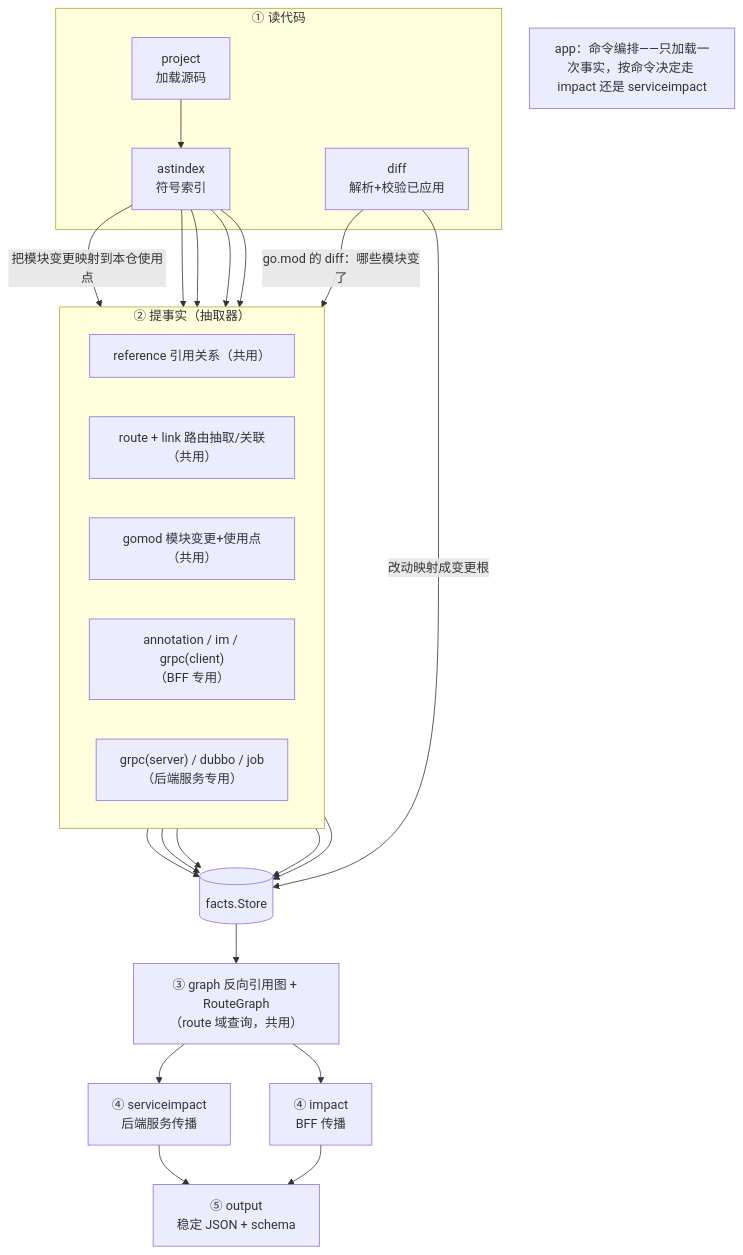
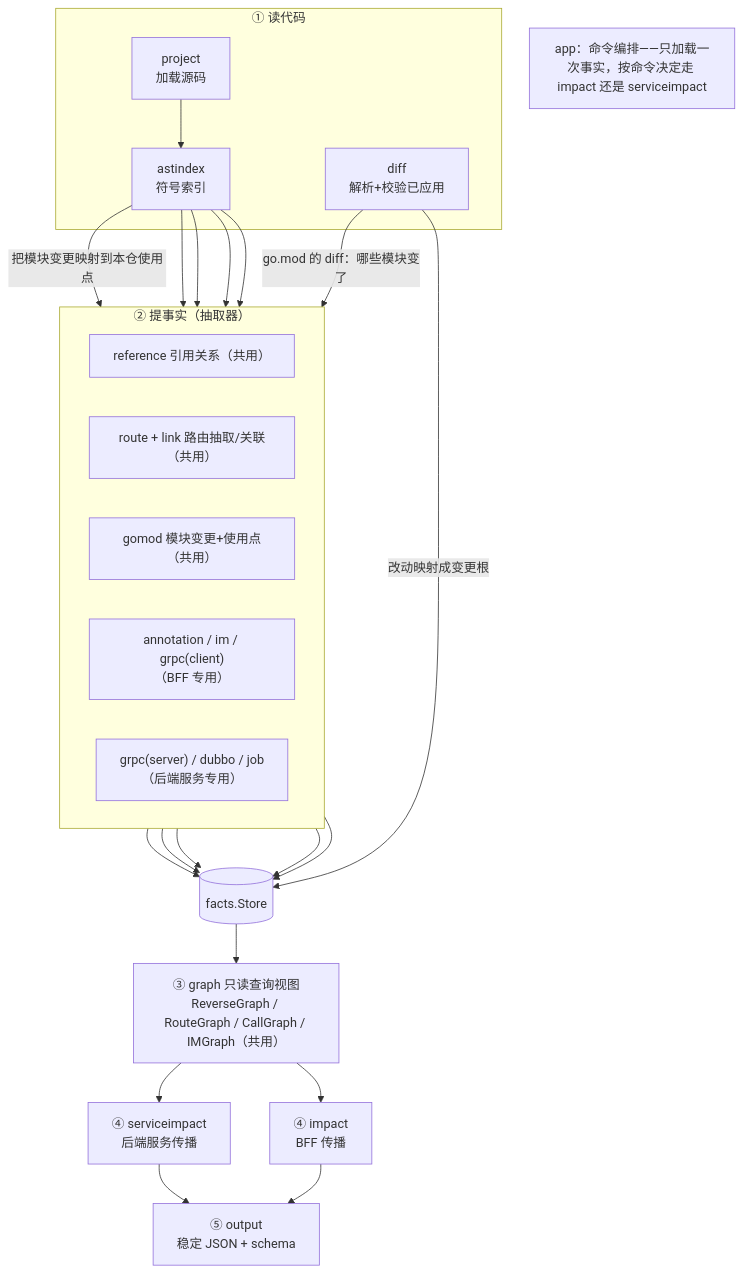
One commit to Flying-Bird1999/go-analyzer changed the second of 5 diagrams in TECH-DESIGN-impact-analysis.md. Above: the diagram before and after it, drawn with Mermaid. The commit also changed other lines of this file and 59 other files, not shown here.

````diff
--- a/TECH-DESIGN-impact-analysis.md
+++ b/TECH-DESIGN-impact-analysis.md
@@ -126,42 +128,42 @@
 ```mermaid
 flowchart TB
     subgraph READ["① 读代码"]
         PROJ["project<br/>加载源码"]
         AST["astindex<br/>符号索引"]
         DIFF["diff<br/>解析+校验已应用"]
         PROJ --> AST
     end
 
     subgraph EXTRACT["② 提事实（抽取器）"]
         direction LR
         REF["reference 引用关系（共用）"]
         ROUTELINK["route + link 路由抽取/关联（共用）"]
         GOMOD["gomod 模块变更+使用点（共用）"]
         BFFX["annotation / im / grpc(client)<br/>（BFF 专用）"]
         SVCX["grpc(server) / dubbo / job<br/>（后端服务专用）"]
     end
 
     STORE[("facts.Store")]
-    GRAPH["③ graph 反向引用图 + RouteGraph<br/>（route 域查询，共用）"]
+    GRAPH["③ graph 只读查询视图<br/>ReverseGraph / RouteGraph / CallGraph / IMGraph（共用）"]
 
     AST --> REF
     AST --> ROUTELINK
     AST --> BFFX
     AST --> SVCX
     DIFF -->|go.mod 的 diff：哪些模块变了| GOMOD
     AST -->|把模块变更映射到本仓使用点| GOMOD
     DIFF -->|改动映射成变更根| STORE
     REF --> STORE
     ROUTELINK --> STORE
     GOMOD --> STORE
     BFFX --> STORE
     SVCX --> STORE
 
     STORE --> GRAPH
     GRAPH --> IMPACT["④ impact<br/>BFF 传播"]
     GRAPH --> SVCIMPACT["④ serviceimpact<br/>后端服务传播"]
     IMPACT --> OUTPUT["⑤ output<br/>稳定 JSON + schema"]
     SVCIMPACT --> OUTPUT
 
     APP["app：命令编排——只加载一次事实，按命令决定走 impact 还是 serviceimpact"]
 ```
````
